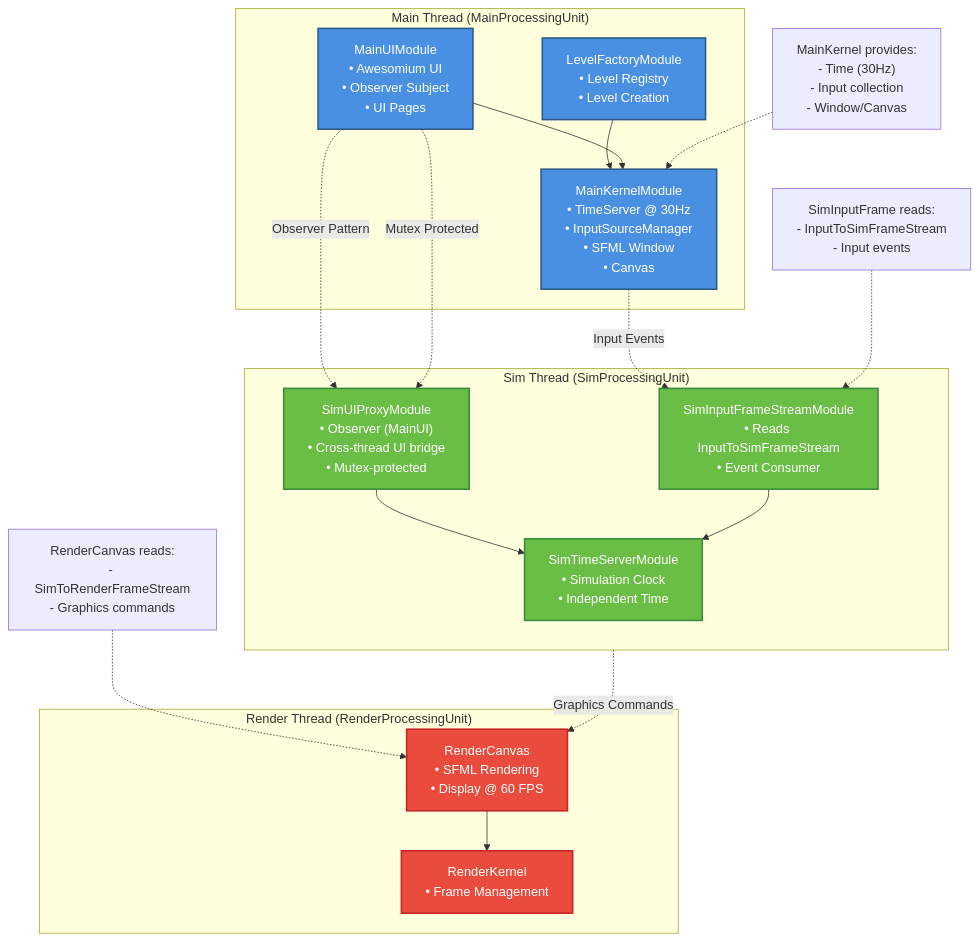
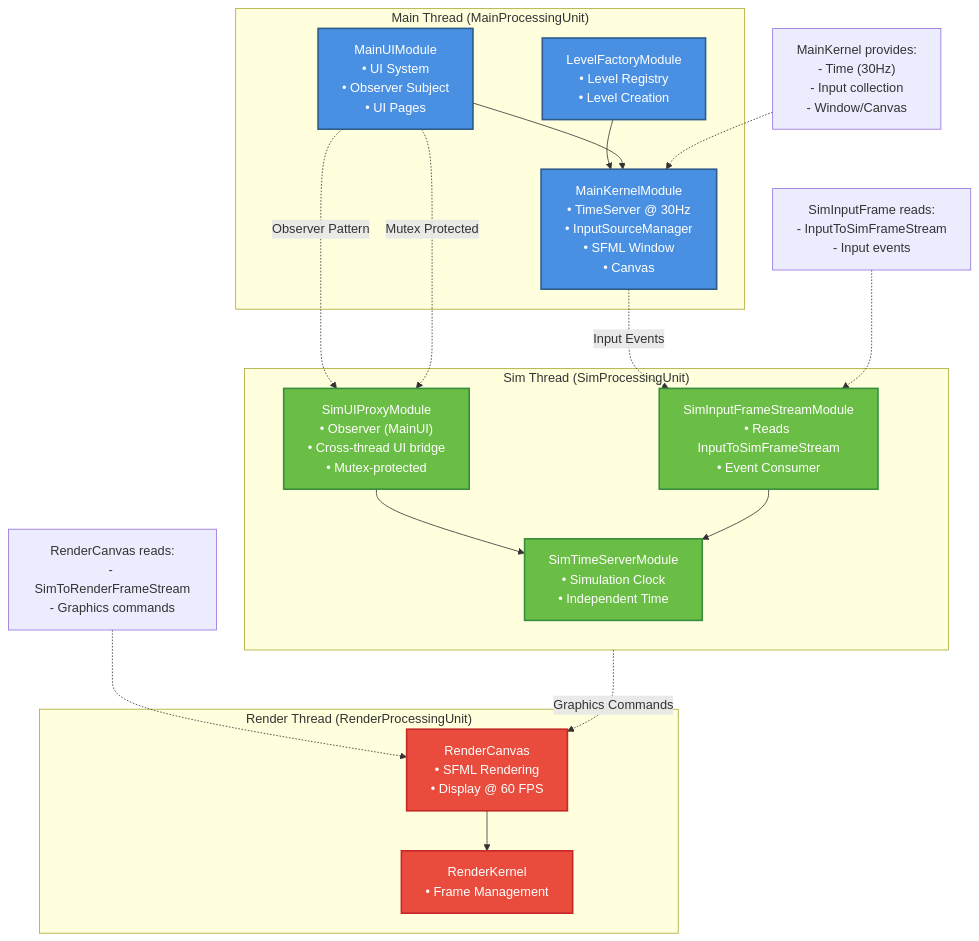
One commit to LenihanConor/Cluiche changed the diagram in docs/reference/architecture/diagrams/module-dependencies.mmd. Above: the diagram before and after it, drawn with Mermaid. The commit also changed 40 other files, not shown here.

```diff
--- a/docs/reference/architecture/diagrams/module-dependencies.mmd
+++ b/docs/reference/architecture/diagrams/module-dependencies.mmd
@@ -1,54 +1,54 @@
 graph TD
     subgraph MainThread["Main Thread (MainProcessingUnit)"]
         MainKernel["MainKernelModule<br/>• TimeServer @ 30Hz<br/>• InputSourceManager<br/>• SFML Window<br/>• Canvas"]
         LevelFactory["LevelFactoryModule<br/>• Level Registry<br/>• Level Creation"]
-        MainUI["MainUIModule<br/>• Awesomium UI<br/>• Observer Subject<br/>• UI Pages"]
+        MainUI["MainUIModule<br/>• UI System<br/>• Observer Subject<br/>• UI Pages"]
     end
 
     subgraph RenderThread["Render Thread (RenderProcessingUnit)"]
         RenderKernel["RenderKernel<br/>• Frame Management"]
         RenderCanvas["RenderCanvas<br/>• SFML Rendering<br/>• Display @ 60 FPS"]
     end
 
     subgraph SimThread["Sim Thread (SimProcessingUnit)"]
         SimTimeServer["SimTimeServerModule<br/>• Simulation Clock<br/>• Independent Time"]
         SimInputFrame["SimInputFrameStreamModule<br/>• Reads InputToSimFrameStream<br/>• Event Consumer"]
         SimUIProxy["SimUIProxyModule<br/>• Observer (MainUI)<br/>• Cross-thread UI bridge<br/>• Mutex-protected"]
     end
 
     %% Main Thread Dependencies
     LevelFactory --> MainKernel
     MainUI --> MainKernel
 
     %% Render Thread Dependencies
     RenderCanvas --> RenderKernel
 
     %% Sim Thread Dependencies
     SimUIProxy --> SimTimeServer
     SimInputFrame --> SimTimeServer
 
     %% Cross-Thread Dependencies (Observer Pattern)
     MainUI -.Observer Pattern.-> SimUIProxy
     MainUI -.Mutex Protected.-> SimUIProxy
 
     %% Data Flow
     MainKernel -.Input Events.-> SimInputFrame
     SimThread -.Graphics Commands.-> RenderCanvas
 
     %% Styling
     classDef mainStyle fill:#4A90E2,stroke:#2E5C8A,stroke-width:2px,color:#fff
     classDef renderStyle fill:#E94B3C,stroke:#C62828,stroke-width:2px,color:#fff
     classDef simStyle fill:#6BBE45,stroke:#388E3C,stroke-width:2px,color:#fff
 
     class MainKernel,LevelFactory,MainUI mainStyle
     class RenderKernel,RenderCanvas renderStyle
     class SimTimeServer,SimInputFrame,SimUIProxy simStyle
 
     %% Notes
     Note1["MainKernel provides:<br/>- Time (30Hz)<br/>- Input collection<br/>- Window/Canvas"]
     Note2["RenderCanvas reads:<br/>- SimToRenderFrameStream<br/>- Graphics commands"]
     Note3["SimInputFrame reads:<br/>- InputToSimFrameStream<br/>- Input events"]
 
     Note1 -.-> MainKernel
     Note2 -.-> RenderCanvas
     Note3 -.-> SimInputFrame
```
